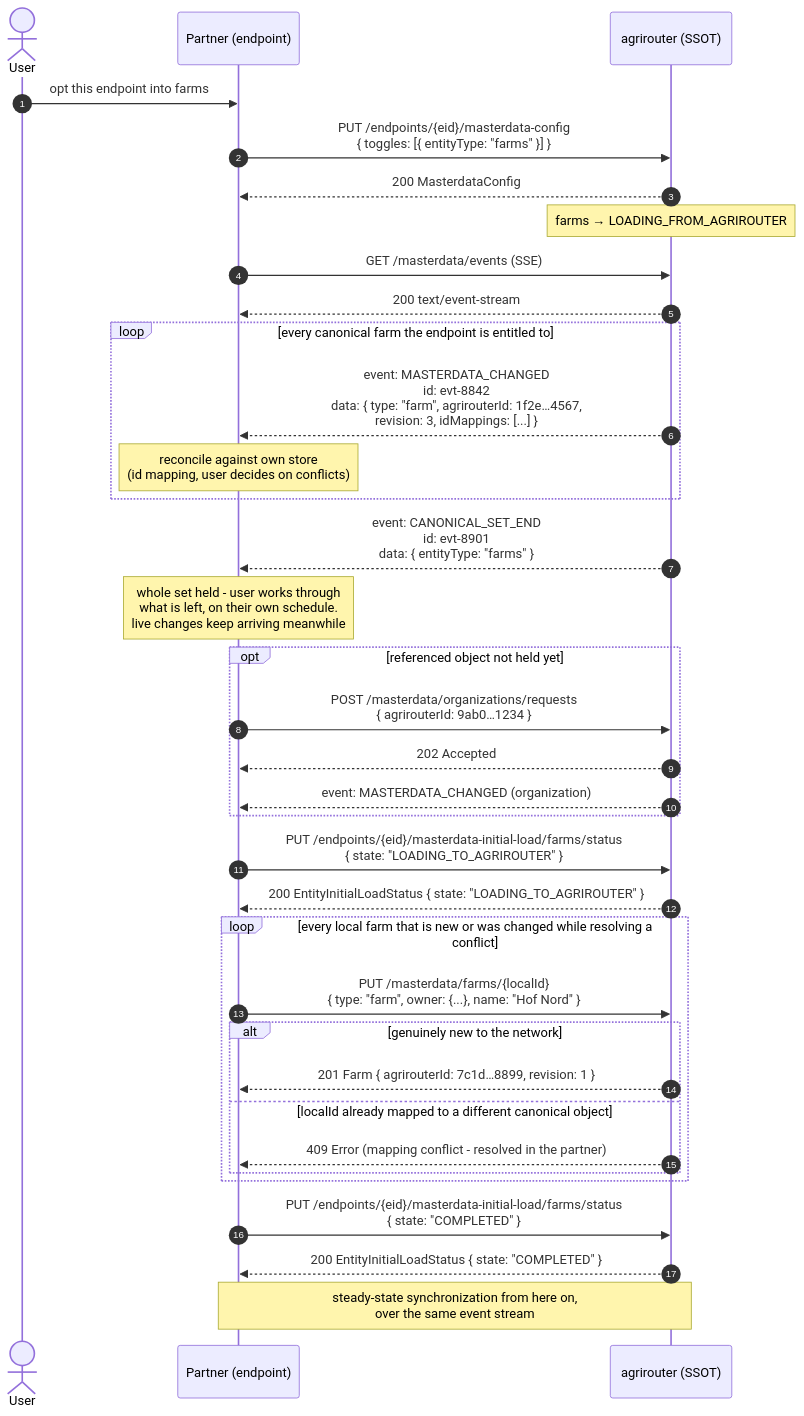
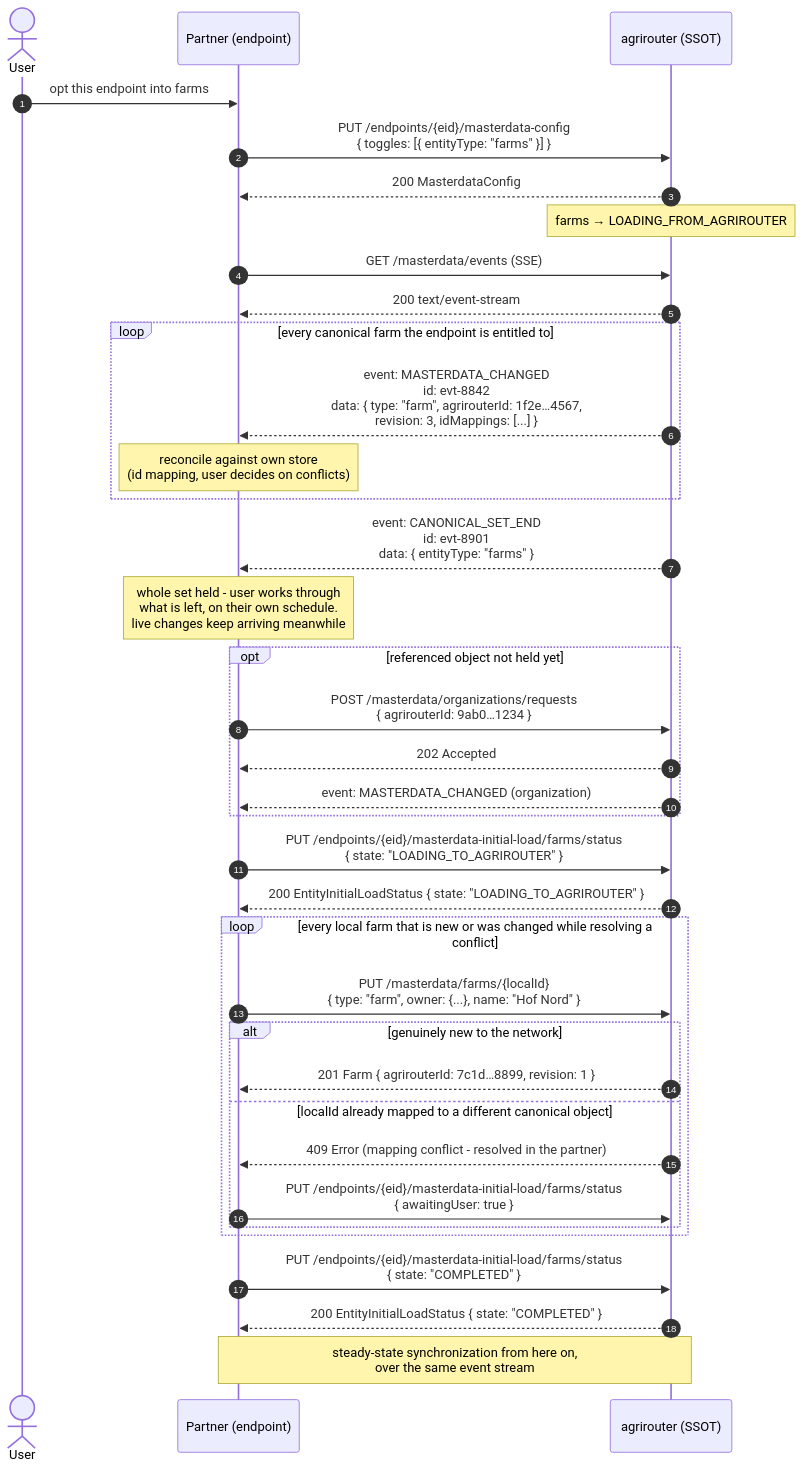
One commit to DKE-Data/masterdata-sync-working-group changed the second of 3 diagrams in architecture/06-initial-load.md. Above: the diagram before and after it, drawn with Mermaid. The commit also changed other lines of this file, not shown here.

Commit message:
Add awaitingUser for LOADING_TO_AGIROUTER

````diff
--- a/architecture/06-initial-load.md
+++ b/architecture/06-initial-load.md
@@ -58,42 +58,43 @@
 ```mermaid
 sequenceDiagram
     autonumber
     actor U as User
     participant P as Partner (endpoint)
     participant AR as agrirouter (SSOT)
 
     U->>P: opt this endpoint into farms
     P->>AR: PUT /endpoints/{eid}/masterdata-config<br/>{ toggles: [{ entityType: "farms" }] }
     AR-->>P: 200 MasterdataConfig
     Note over AR: farms → LOADING_FROM_AGRIROUTER
 
     P->>AR: GET /masterdata/events (SSE)
     AR-->>P: 200 text/event-stream
     loop every canonical farm the endpoint is entitled to
         AR-->>P: event: MASTERDATA_CHANGED<br/>id: evt-8842<br/>data: { type: "farm", agrirouterId: 1f2e…4567,<br/>revision: 3, idMappings: [...] }
         Note over P: reconcile against own store<br/>(id mapping, user decides on conflicts)
     end
     AR-->>P: event: CANONICAL_SET_END<br/>id: evt-8901<br/>data: { entityType: "farms" }
     Note over P: whole set held - user works through<br/>what is left, on their own schedule.<br/>live changes keep arriving meanwhile
     opt referenced object not held yet
         P->>AR: POST /masterdata/organizations/requests<br/>{ agrirouterId: 9ab0…1234 }
         AR-->>P: 202 Accepted
         AR-->>P: event: MASTERDATA_CHANGED (organization)
     end
 
     P->>AR: PUT /endpoints/{eid}/masterdata-initial-load/farms/status<br/>{ state: "LOADING_TO_AGRIROUTER" }
     AR-->>P: 200 EntityInitialLoadStatus { state: "LOADING_TO_AGRIROUTER" }
 
     loop every local farm that is new or was changed while resolving a conflict
         P->>AR: PUT /masterdata/farms/{localId}<br/>{ type: "farm", owner: {...}, name: "Hof Nord" }
         alt genuinely new to the network
             AR-->>P: 201 Farm { agrirouterId: 7c1d…8899, revision: 1 }
         else localId already mapped to a different canonical object
             AR-->>P: 409 Error (mapping conflict - resolved in the partner)
+            P->>AR: PUT /endpoints/{eid}/masterdata-initial-load/farms/status<br/>{ awaitingUser: true }
         end
     end
 
     P->>AR: PUT /endpoints/{eid}/masterdata-initial-load/farms/status<br/>{ state: "COMPLETED" }
     AR-->>P: 200 EntityInitialLoadStatus { state: "COMPLETED" }
     Note over P,AR: steady-state synchronization from here on,<br/>over the same event stream
 ```
````
